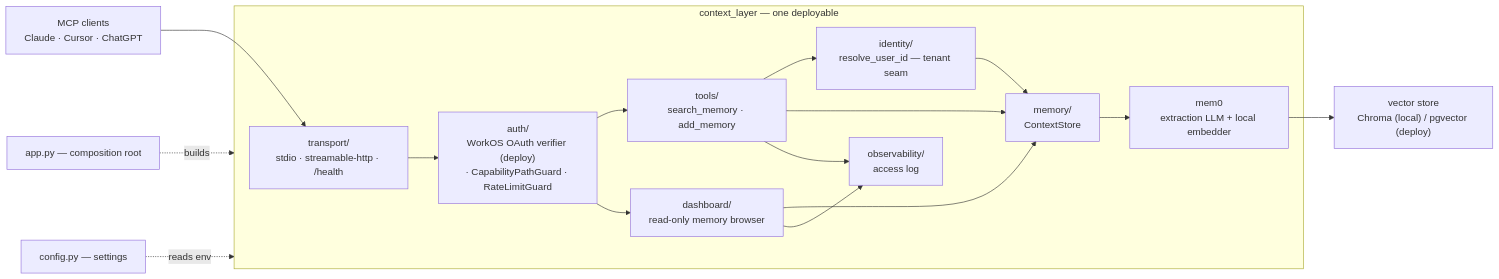
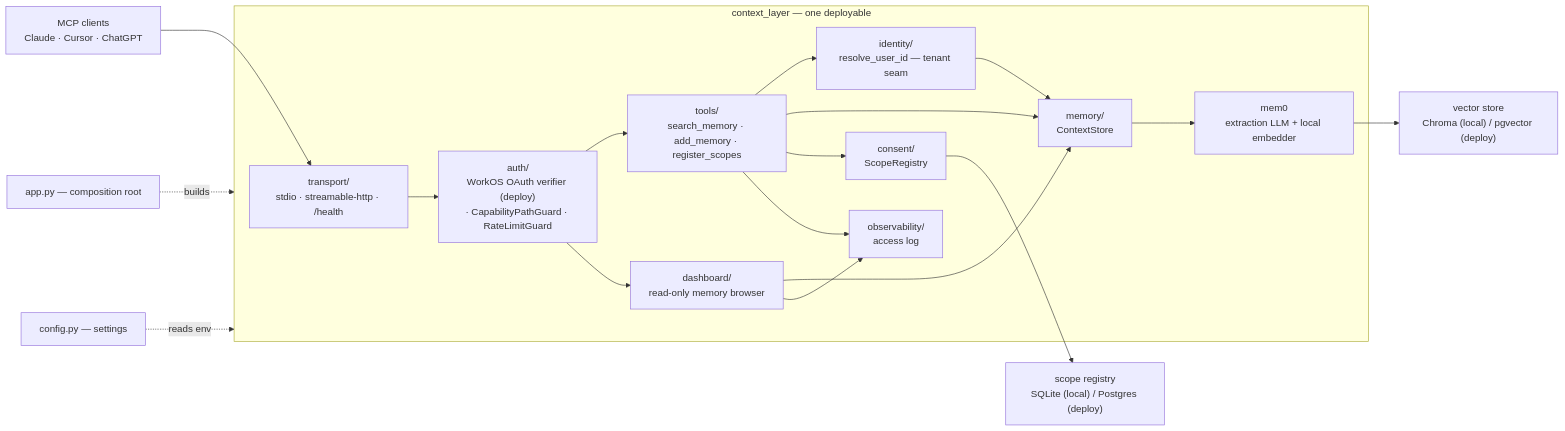
Before and after one commit to wanyuenmei/personal_mem: the diagram in ARCHITECTURE.md, drawn with Mermaid. The commit also changed other lines of this file and 8 other files, not shown here.

First line of the commit message:
VC-86: add the consent-scope registry and register_scopes tool

````diff
--- a/ARCHITECTURE.md
+++ b/ARCHITECTURE.md
@@ -9,21 +9,23 @@
 ```mermaid
 flowchart LR
   clients["MCP clients<br/>Claude · Cursor · ChatGPT"] --> transport
 
   subgraph app["context_layer — one deployable"]
     transport["transport/<br/>stdio · streamable-http · /health"] --> guards
     guards["auth/<br/>WorkOS OAuth verifier (deploy)<br/>· CapabilityPathGuard · RateLimitGuard"] --> tools
     guards --> dash
-    tools["tools/<br/>search_memory · add_memory"] --> identity
+    tools["tools/<br/>search_memory · add_memory · register_scopes"] --> identity
     tools --> store
+    tools --> consent["consent/<br/>ScopeRegistry"]
     tools --> obs["observability/<br/>access log"]
     dash["dashboard/<br/>read-only memory browser"] --> store
     dash --> obs
     identity["identity/<br/>resolve_user_id — tenant seam"] --> store
     store["memory/<br/>ContextStore"] --> mem0["mem0<br/>extraction LLM + local embedder"]
   end
 
   mem0 --> vs["vector store<br/>Chroma (local) / pgvector (deploy)"]
+  consent --> regdb["scope registry<br/>SQLite (local) / Postgres (deploy)"]
   app_py["app.py — composition root"] -.builds.-> app
   config["config.py — settings"] -.reads env.-> app
 ```
````
